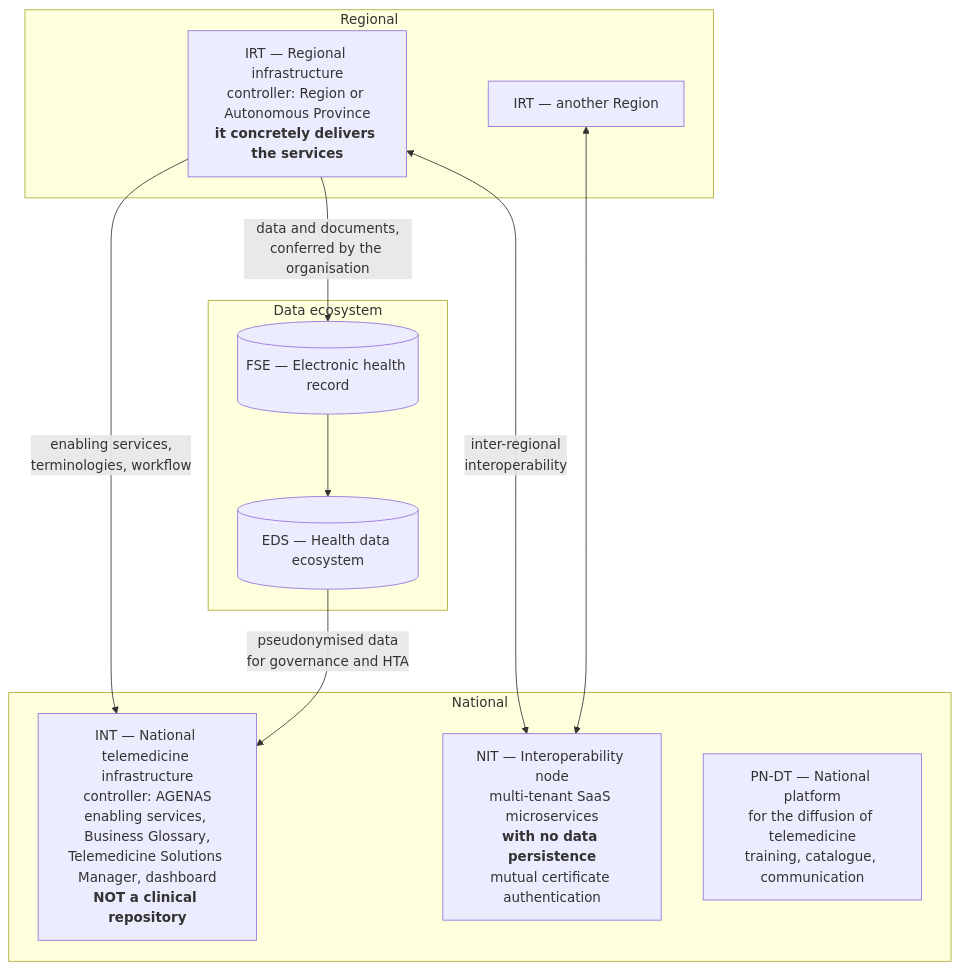
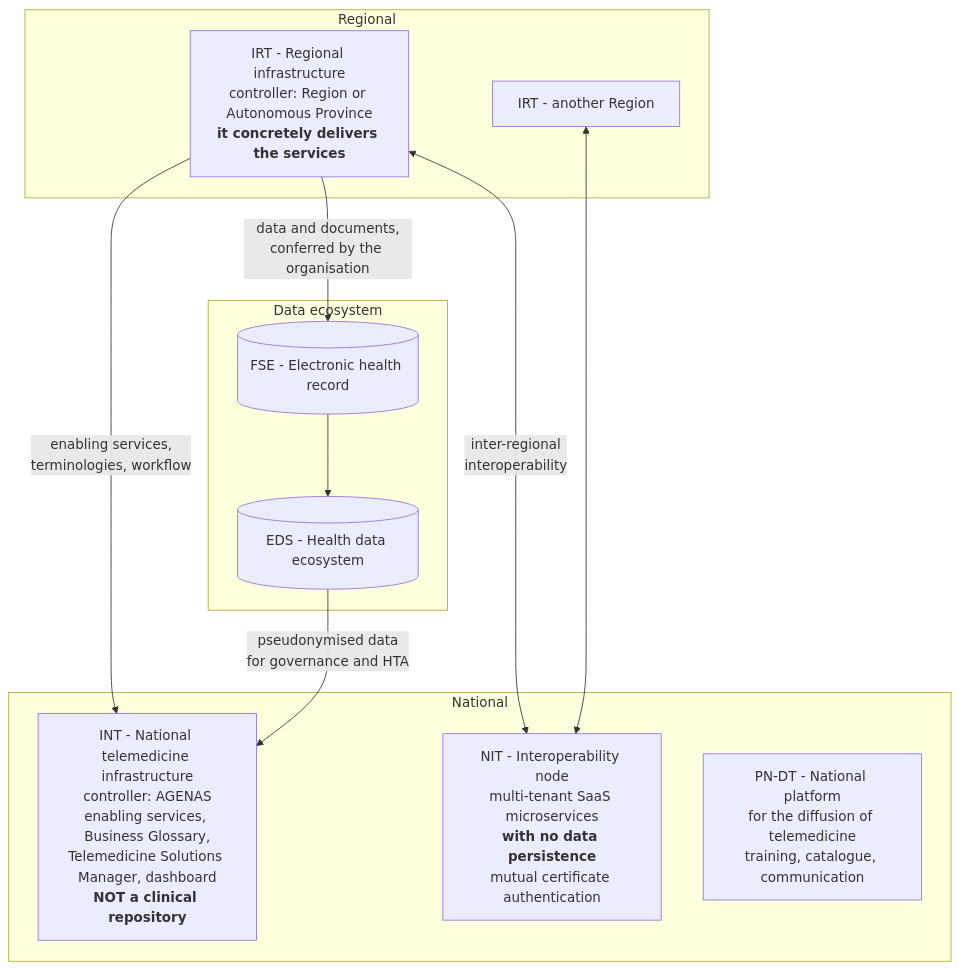
Before and after one commit to fedcal/Telemedic: the third of 3 diagrams in website/i18n/en/docusaurus-plugin-content-docs/current/10_fondamenti/02-prestazioni-di-telemedicina.md, drawn with Mermaid. The commit also changed other lines of this file and 301 other files, not shown here.

````diff
--- a/website/i18n/en/docusaurus-plugin-content-docs/current/10_fondamenti/02-prestazioni-di-telemedicina.md
+++ b/website/i18n/en/docusaurus-plugin-content-docs/current/10_fondamenti/02-prestazioni-di-telemedicina.md
@@ -827,22 +827,22 @@
 ```mermaid
 flowchart TB
     subgraph National
-        INT["INT — National telemedicine infrastructure<br/>controller: AGENAS<br/>enabling services, Business Glossary,<br/>Telemedicine Solutions Manager, dashboard<br/><b>NOT a clinical repository</b>"]
-        NIT["NIT — Interoperability node<br/>multi-tenant SaaS microservices<br/><b>with no data persistence</b><br/>mutual certificate authentication"]
-        PNDT["PN-DT — National platform<br/>for the diffusion of telemedicine<br/>training, catalogue, communication"]
+        INT["INT - National telemedicine infrastructure<br/>controller: AGENAS<br/>enabling services, Business Glossary,<br/>Telemedicine Solutions Manager, dashboard<br/><b>NOT a clinical repository</b>"]
+        NIT["NIT - Interoperability node<br/>multi-tenant SaaS microservices<br/><b>with no data persistence</b><br/>mutual certificate authentication"]
+        PNDT["PN-DT - National platform<br/>for the diffusion of telemedicine<br/>training, catalogue, communication"]
     end
     subgraph Regional
-        IRT1["IRT — Regional infrastructure<br/>controller: Region or Autonomous Province<br/><b>it concretely delivers the services</b>"]
-        IRT2["IRT — another Region"]
+        IRT1["IRT - Regional infrastructure<br/>controller: Region or Autonomous Province<br/><b>it concretely delivers the services</b>"]
+        IRT2["IRT - another Region"]
     end
     subgraph Data ecosystem
-        FSE[("FSE — Electronic health record")]
-        EDS[("EDS — Health data ecosystem")]
+        FSE[("FSE - Electronic health record")]
+        EDS[("EDS - Health data ecosystem")]
     end
     IRT1 <-->|inter-regional<br/>interoperability| NIT
     IRT2 <--> NIT
     IRT1 -->|enabling services,<br/>terminologies, workflow| INT
     IRT1 -->|data and documents,<br/>conferred by the organisation| FSE
     FSE --> EDS
     EDS -->|pseudonymised data<br/>for governance and HTA| INT
 ```
````
